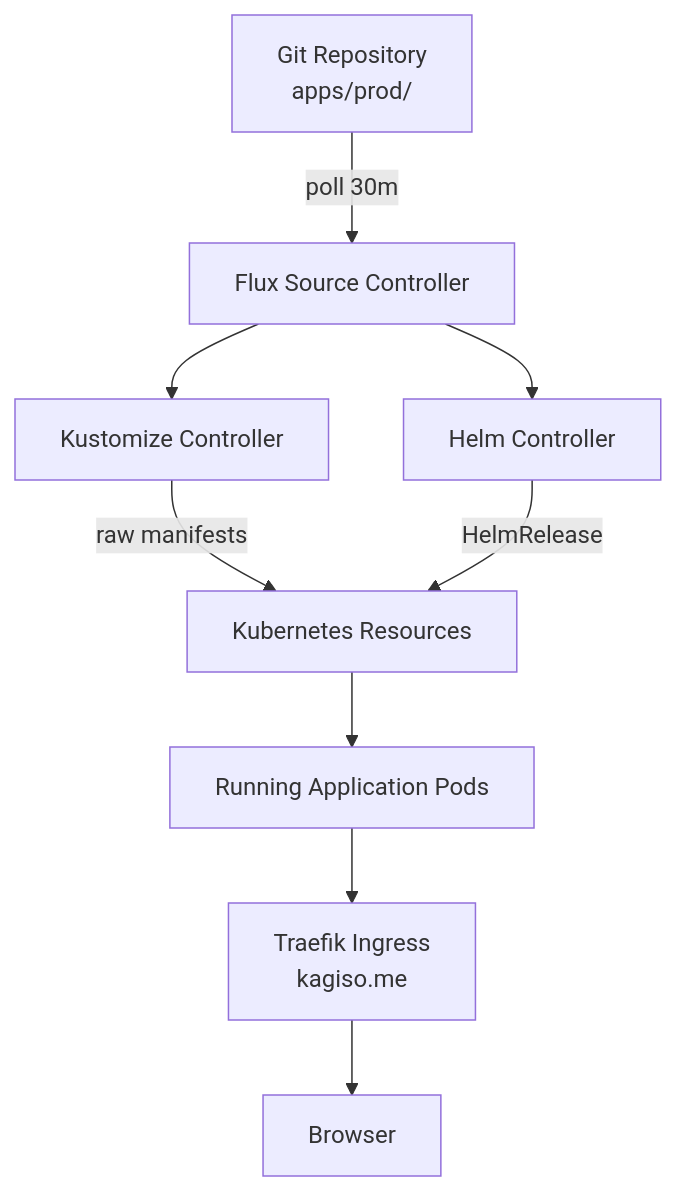
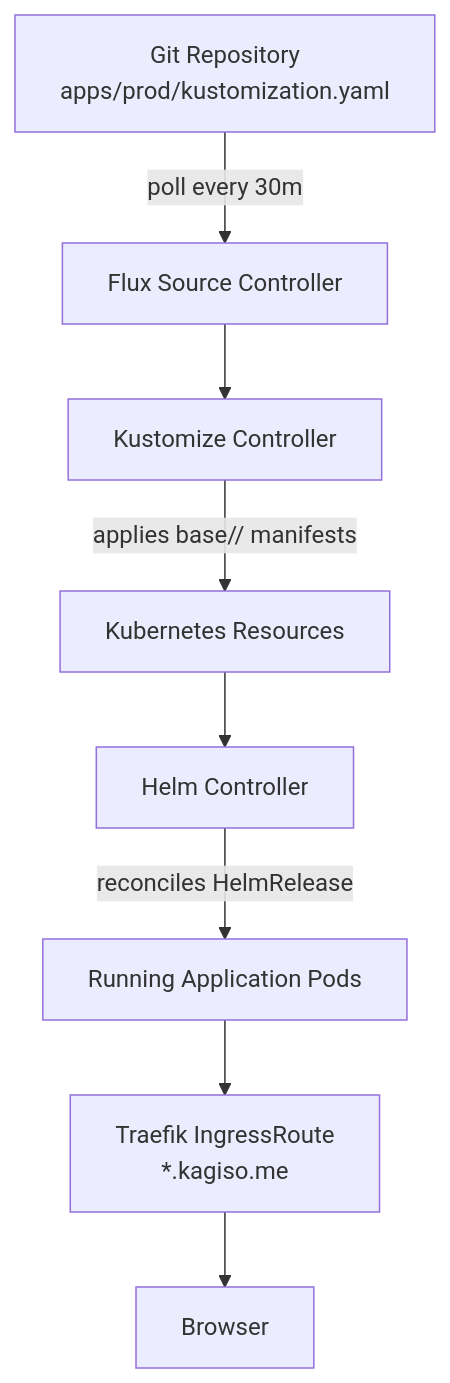
One commit to Kagiso-me/homelab-infrastructure changed the second of 3 diagrams in docs/guides/12-Applications-GitOps.md. Above: the diagram before and after it, drawn with Mermaid. The commit also changed other lines of this file and 47 other files, not shown here.

````diff
--- a/docs/guides/12-Applications-GitOps.md
+++ b/docs/guides/12-Applications-GitOps.md
@@ -63,11 +97,10 @@
 ```mermaid
 graph TD
-    Git["Git Repository<br/>apps/prod/"] -->|"poll 30m"| SC["Flux Source Controller"]
+    Git["Git Repository<br/>apps/prod/kustomization.yaml"] -->|"poll every 30m"| SC["Flux Source Controller"]
     SC --> KC["Kustomize Controller"]
-    SC --> HC["Helm Controller"]
-    KC -->|"raw manifests"| K8s["Kubernetes Resources"]
-    HC -->|"HelmRelease"| K8s
-    K8s --> Pods["Running Application Pods"]
-    Pods --> Traefik["Traefik Ingress<br/>kagiso.me"]
+    KC -->|"applies base/<app>/ manifests"| K8s["Kubernetes Resources"]
+    K8s --> HelmCtrl["Helm Controller"]
+    HelmCtrl -->|"reconciles HelmRelease"| Pods["Running Application Pods"]
+    Pods --> Traefik["Traefik IngressRoute<br/>*.kagiso.me"]
     Traefik --> Browser["Browser"]
 ```
````
